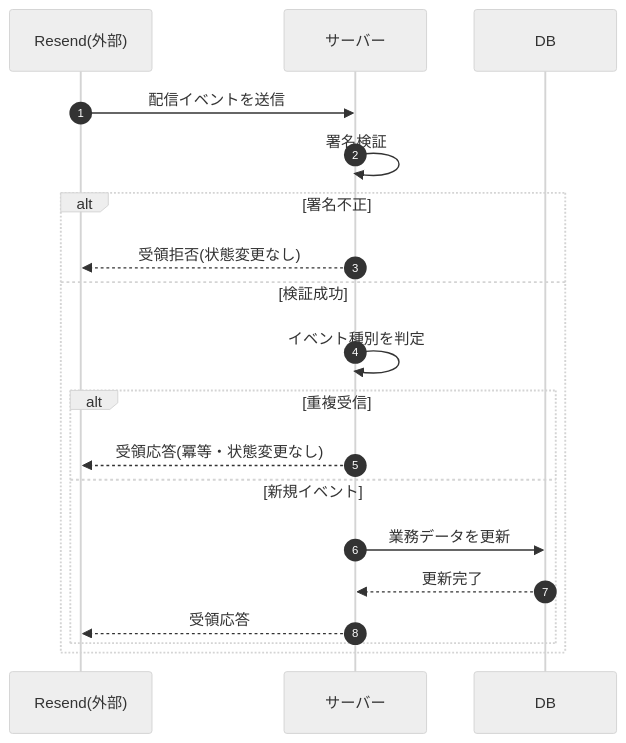
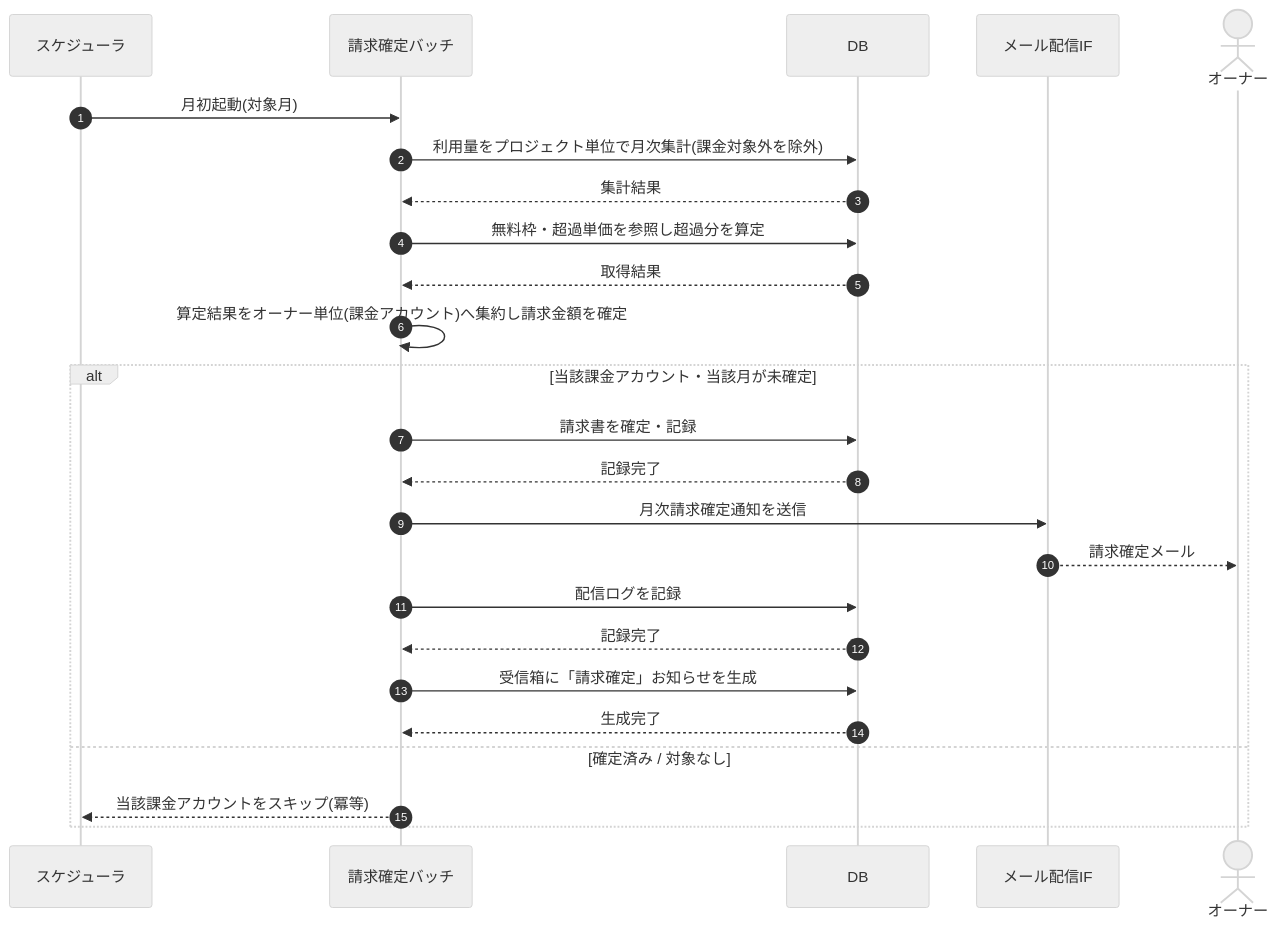
The diagram in 02_basic_design/03_sequences/SEQ-091.md (sikakou54/open-faq), drawn with Mermaid (neutral theme) before and after one commit. The commit also changed other lines of this file and 395 other files, not shown here.

````diff
--- a/02_basic_design/03_sequences/SEQ-091.md
+++ b/02_basic_design/03_sequences/SEQ-091.md
@@ -25,21 +25,27 @@
 ```mermaid
 sequenceDiagram
   autonumber
-  participant R as Resend(外部)
-  participant Server as サーバー
+  participant SCH as スケジューラ
+  participant B as 請求確定バッチ
   participant DB as DB
-  R->>Server: 配信イベントを送信
-  Server->>Server: 署名検証
-  alt 署名不正
-    Server-->>R: 受領拒否(状態変更なし)
-  else 検証成功
-    Server->>Server: イベント種別を判定
-    alt 重複受信
-      Server-->>R: 受領応答(冪等・状態変更なし)
-    else 新規イベント
-      Server->>DB: 業務データを更新
-      DB-->>Server: 更新完了
-      Server-->>R: 受領応答
-    end
+  participant MAIL as メール配信IF
+  actor O as オーナー
+  SCH->>B: 月初起動(対象月)
+  B->>DB: 利用量をプロジェクト単位で月次集計(課金対象外を除外)
+  DB-->>B: 集計結果
+  B->>DB: 無料枠・超過単価を参照し超過分を算定
+  DB-->>B: 取得結果
+  B->>B: 算定結果をオーナー単位(課金アカウント)へ集約し請求金額を確定
+  alt 当該課金アカウント・当該月が未確定
+    B->>DB: 請求書を確定・記録
+    DB-->>B: 記録完了
+    B->>MAIL: 月次請求確定通知を送信
+    MAIL-->>O: 請求確定メール
+    B->>DB: 配信ログを記録
+    DB-->>B: 記録完了
+    B->>DB: 受信箱に「請求確定」お知らせを生成
+    DB-->>B: 生成完了
+  else 確定済み / 対象なし
+    B-->>SCH: 当該課金アカウントをスキップ(冪等)
   end
 ```
````
